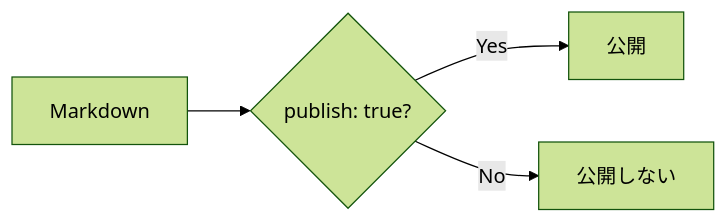
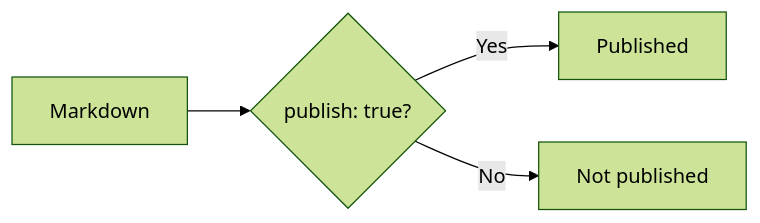
The first of 2 diagrams in docs/docs/guides/writing-content.md (Rerurate514/riebeckite), drawn with Mermaid (forest theme) before and after one commit. The commit also changed other lines of this file and 604 other files, not shown here.

````diff
--- a/docs/docs/guides/writing-content.md
+++ b/docs/docs/guides/writing-content.md
@@ -156,9 +249,9 @@
 ```mermaid
 flowchart LR
     Markdown["Markdown"]
 
     Markdown --> Publish{"publish: true?"}
 
-    Publish -->|"Yes"| Public["公開"]
-    Publish -->|"No"| Draft["公開しない"]
+    Publish -->|"Yes"| Public["Published"]
+    Publish -->|"No"| Draft["Not published"]
 ```
````
